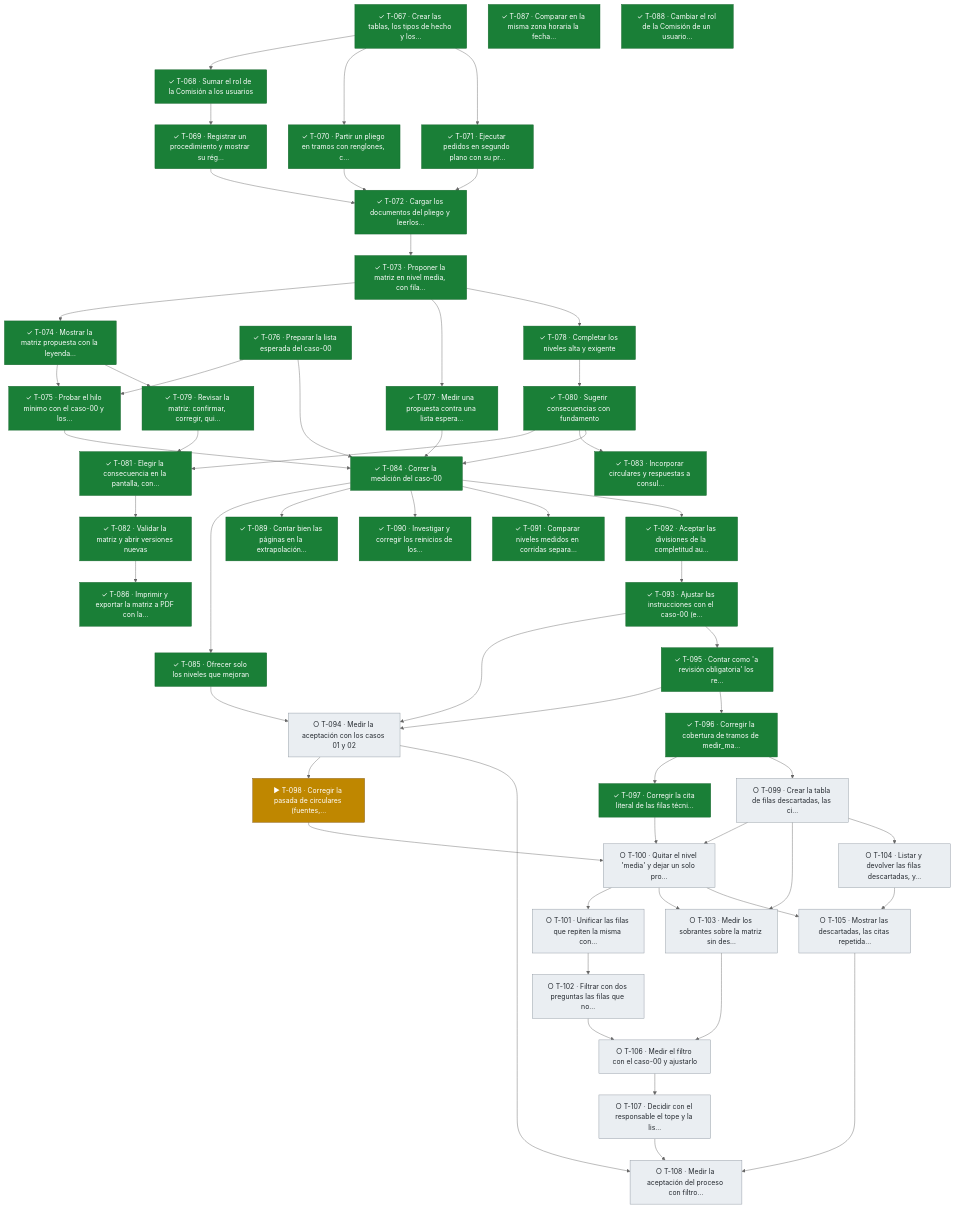
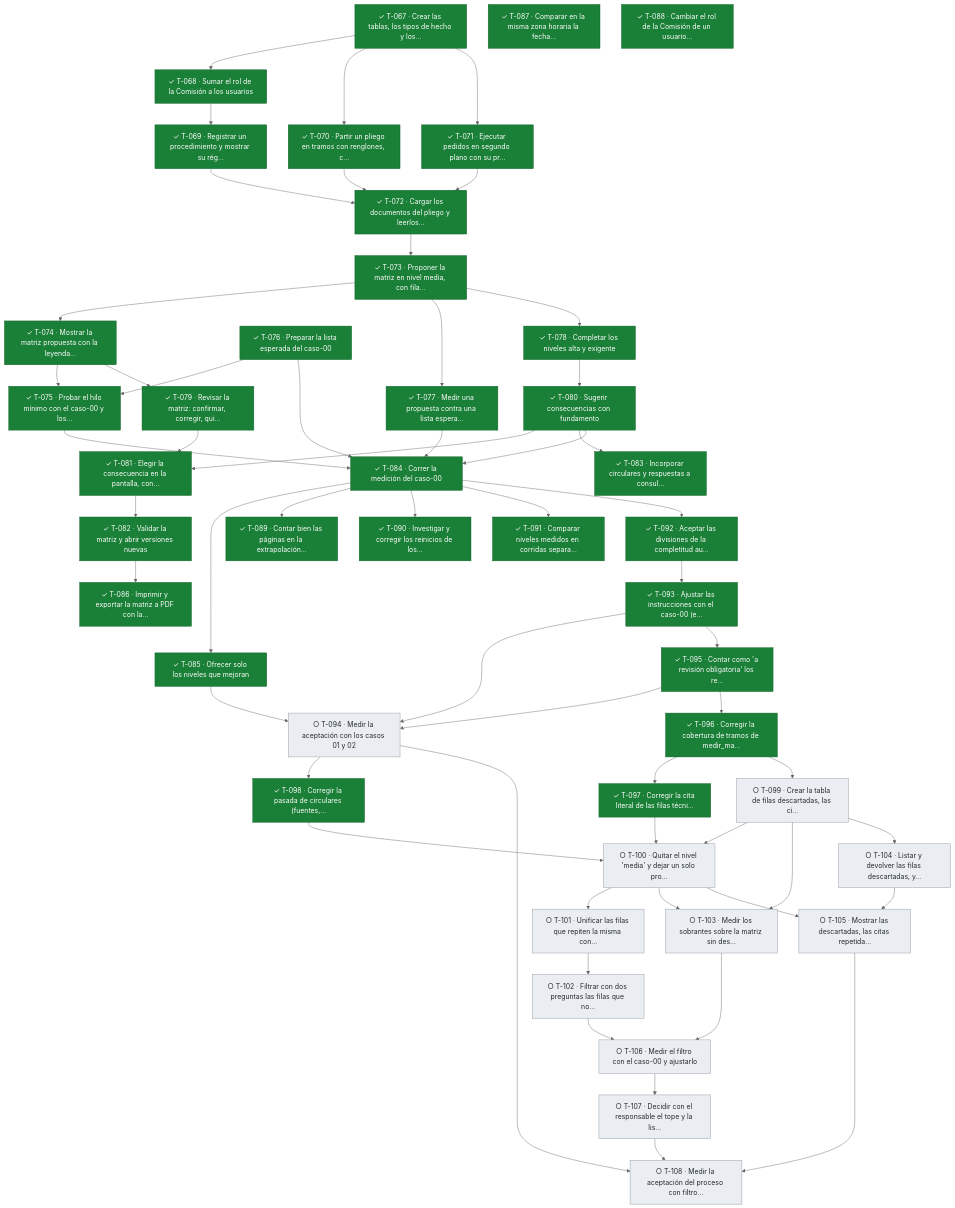
Before and after one commit to snavello/EVALUON: the fifth of 5 diagrams in docs/tablero.md, drawn with Mermaid (neutral theme). The commit also changed other lines of this file and 1 other file, not shown here.

```diff
--- a/docs/tablero.md
+++ b/docs/tablero.md
@@ -451,7 +451,7 @@
   T095["✓ T-095 · Contar como 'a revisión obligatoria' los re…"]:::done
   T096["✓ T-096 · Corregir la cobertura de tramos de medir_ma…"]:::done
   T097["✓ T-097 · Corregir la cita literal de las filas técni…"]:::done
-  T098["▶ T-098 · Corregir la pasada de circulares (fuentes,…"]:::active
+  T098["✓ T-098 · Corregir la pasada de circulares (fuentes,…"]:::done
   T099["○ T-099 · Crear la tabla de filas descartadas, las ci…"]:::todo
   T100["○ T-100 · Quitar el nivel 'media' y dejar un solo pro…"]:::todo
   T101["○ T-101 · Unificar las filas que repiten la misma con…"]:::todo
```
